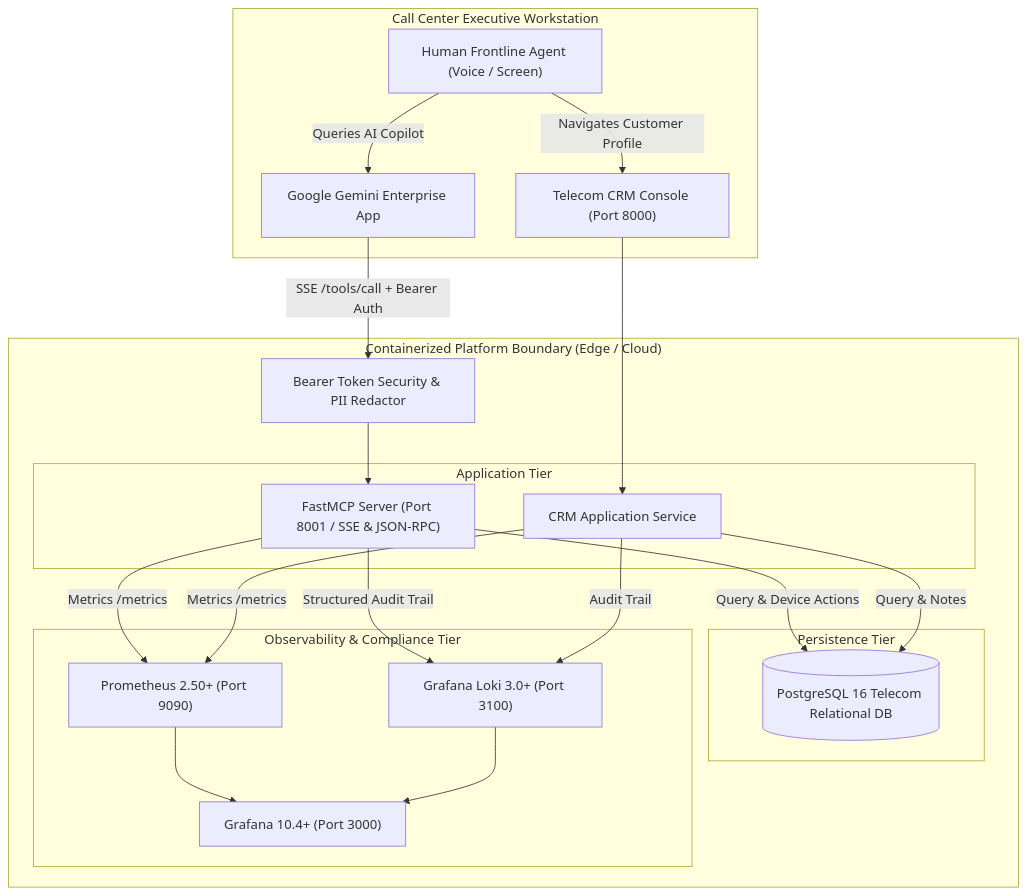
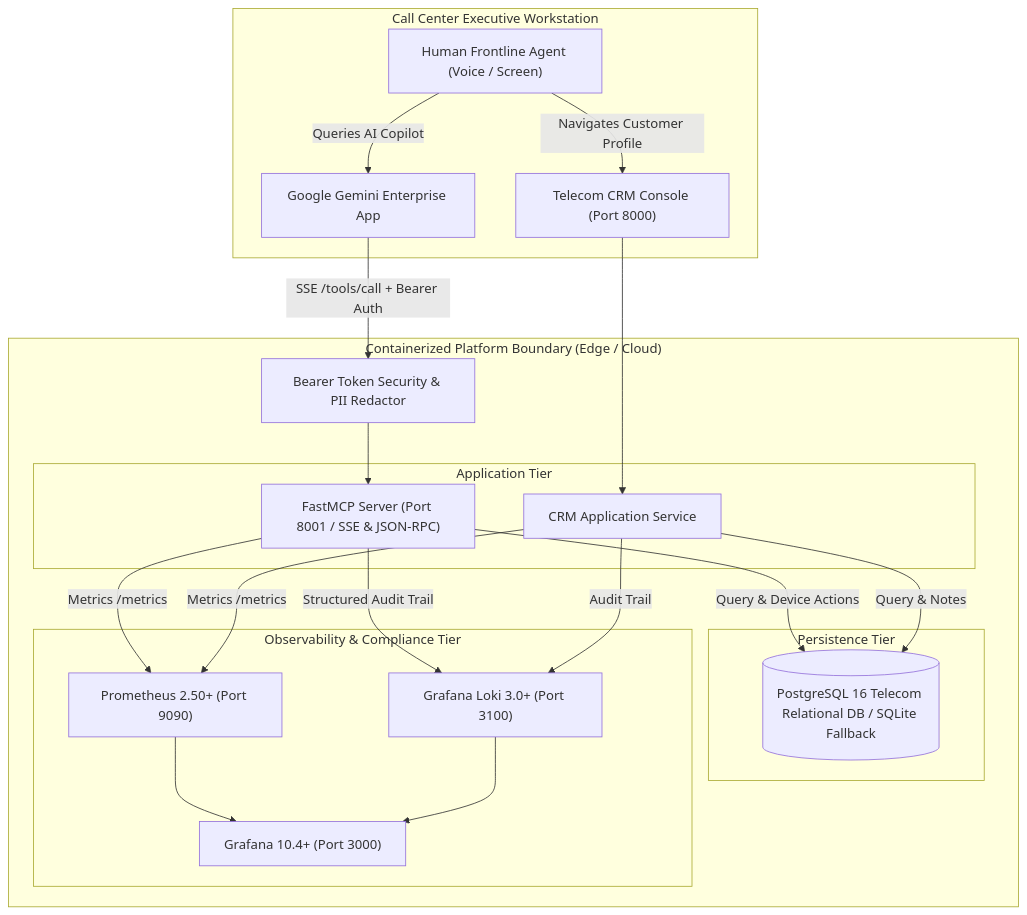
One commit to pradeesi/HybridAI changed the diagram in README.md. Above: the diagram before and after it, drawn with Mermaid. The commit also changed other lines of this file, not shown here.

````diff
--- a/README.md
+++ b/README.md
@@ -22,43 +24,43 @@
 ```mermaid
 graph TD
     subgraph AgentWorkstation["Call Center Executive Workstation"]
         Agent["Human Frontline Agent (Voice / Screen)"]
         CRM_UI["Telecom CRM Console (Port 8000)"]
         GE_App["Google Gemini Enterprise App"]
     end
 
     subgraph PlatformPerimeter["Containerized Platform Boundary (Edge / Cloud)"]
         AuthGuard["Bearer Token Security & PII Redactor"]
         
         subgraph AppServices["Application Tier"]
             MCP_Server["FastMCP Server (Port 8001 / SSE & JSON-RPC)"]
             CRM_Backend["CRM Application Service"]
         end
 
         subgraph DataTier["Persistence Tier"]
-            PG[(PostgreSQL 16 Telecom Relational DB)]
+            PG[(PostgreSQL 16 Telecom Relational DB / SQLite Fallback)]
         end
 
         subgraph TelemetryTier["Observability & Compliance Tier"]
             Prometheus["Prometheus 2.50+ (Port 9090)"]
             Loki["Grafana Loki 3.0+ (Port 3100)"]
             Grafana["Grafana 10.4+ (Port 3000)"]
         end
     end
 
     Agent -->|Navigates Customer Profile| CRM_UI
     Agent -->|Queries AI Copilot| GE_App
     CRM_UI --> CRM_Backend
     GE_App -->|SSE /tools/call + Bearer Auth| AuthGuard
     AuthGuard --> MCP_Server
     
     MCP_Server -->|Query & Device Actions| PG
     CRM_Backend -->|Query & Notes| PG
     
     MCP_Server -->|Structured Audit Trail| Loki
     CRM_Backend -->|Audit Trail| Loki
     MCP_Server -->|Metrics /metrics| Prometheus
     CRM_Backend -->|Metrics /metrics| Prometheus
     Prometheus --> Grafana
     Loki --> Grafana
 ```
````
